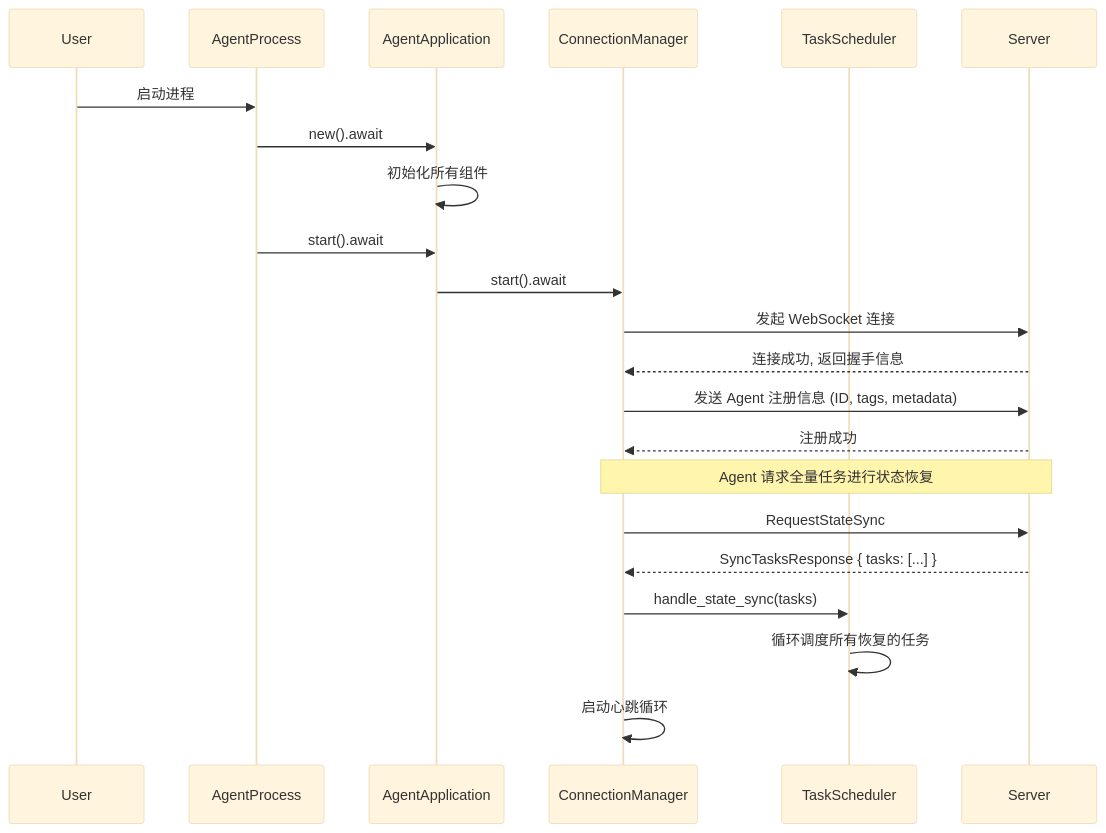
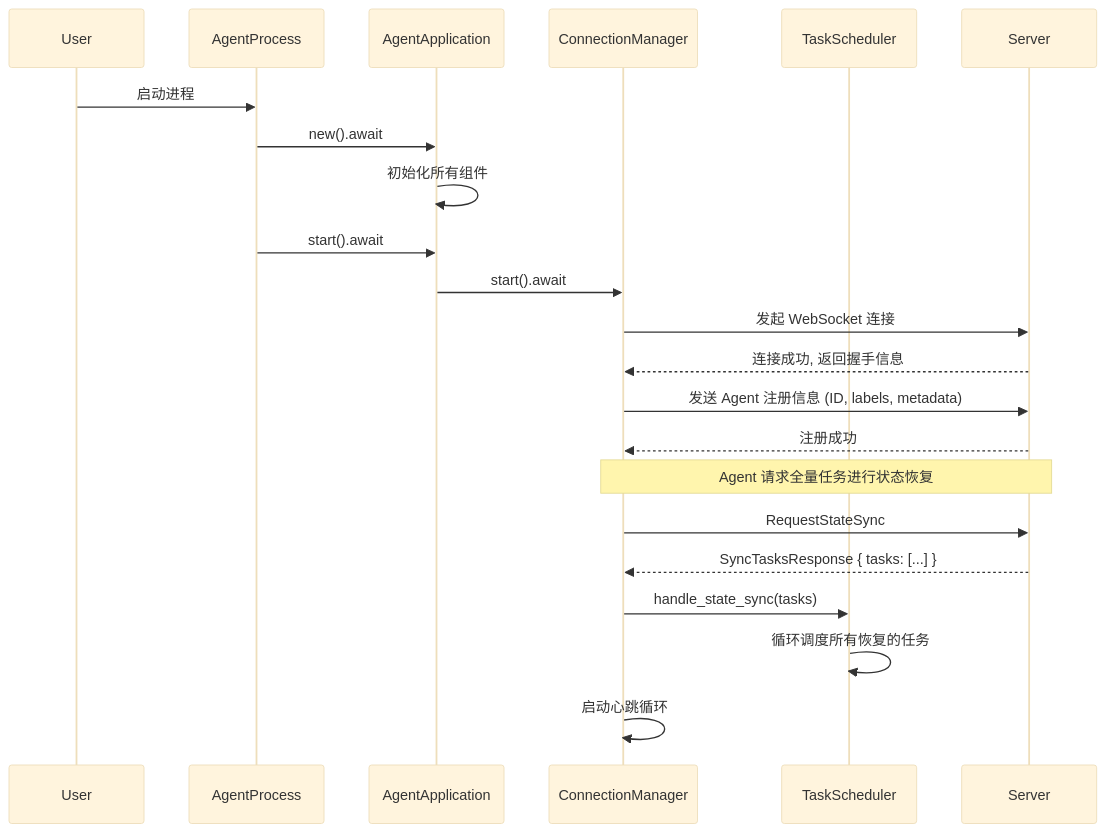
Before and after one commit to fusion-data/fusion-data: the second of 3 diagrams in hetuflow/hetuflow-docs/src/hetuflow/agent/agent.md, drawn with Mermaid (base theme). The commit also changed 91 other files, not shown here.

````diff
--- a/hetuflow/hetuflow-docs/src/hetuflow/agent/agent.md
+++ b/hetuflow/hetuflow-docs/src/hetuflow/agent/agent.md
@@ -365,30 +365,30 @@
 ```mermaid
 sequenceDiagram
   participant User
   participant AgentProcess
   participant AgentApplication
   participant ConnectionManager
   participant TaskScheduler
   participant Server
 
   User->>AgentProcess: 启动进程
   AgentProcess->>AgentApplication: new().await
   AgentApplication->>AgentApplication: 初始化所有组件
   AgentProcess->>AgentApplication: start().await
   AgentApplication->>ConnectionManager: start().await
 
   ConnectionManager->>Server: 发起 WebSocket 连接
   Server-->>ConnectionManager: 连接成功, 返回握手信息
 
-  ConnectionManager->>Server: 发送 Agent 注册信息 (ID, tags, metadata)
+  ConnectionManager->>Server: 发送 Agent 注册信息 (ID, labels, metadata)
   Server-->>ConnectionManager: 注册成功
 
   note over ConnectionManager, Server: Agent 请求全量任务进行状态恢复
   ConnectionManager->>Server: RequestStateSync
   Server-->>ConnectionManager: SyncTasksResponse { tasks: [...] }
 
   ConnectionManager->>TaskScheduler: handle_state_sync(tasks)
   TaskScheduler->>TaskScheduler: 循环调度所有恢复的任务
 
   ConnectionManager->>ConnectionManager: 启动心跳循环
 ```
````
